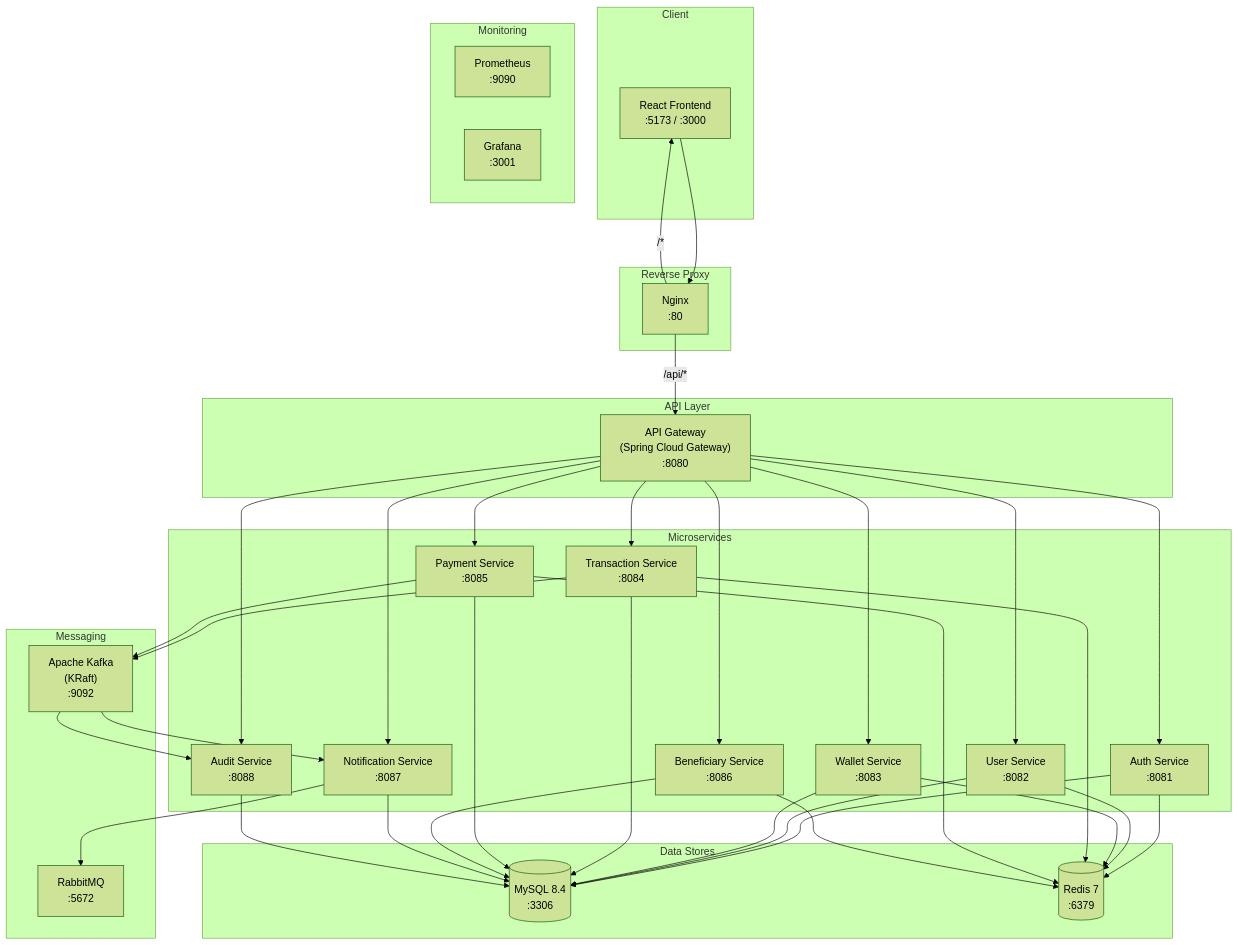
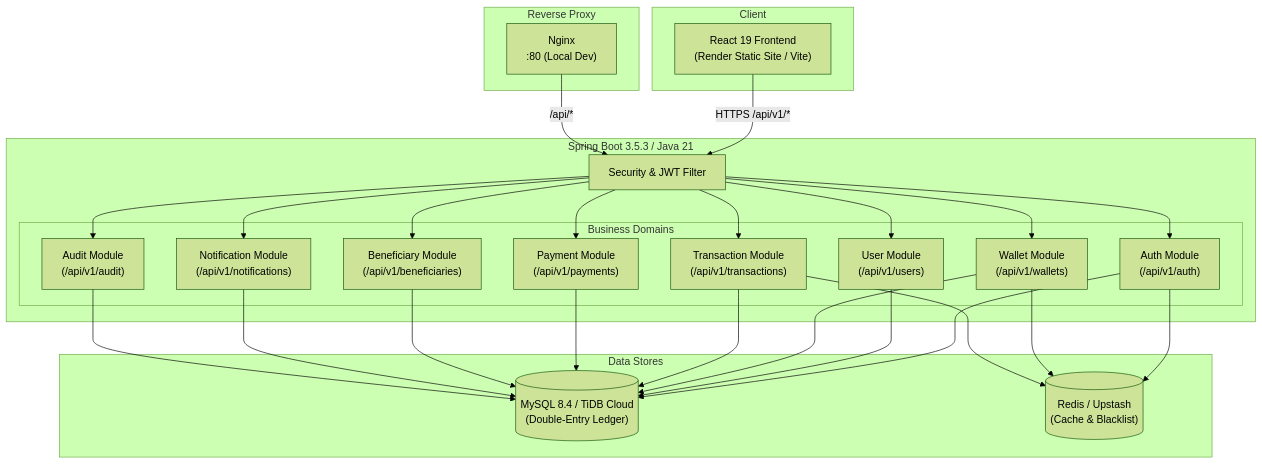
One commit to madhuprasad010/smartpay-wallet changed the diagram in README.md. Above: the diagram before and after it, drawn with Mermaid (forest theme). The commit also changed other lines of this file and 277 other files, not shown here.

First line of the commit message:
feat(deploy): consolidate backend into single modular Spring Boot app for Render free tier

````diff
--- a/README.md
+++ b/README.md
@@ -59,53 +75,36 @@
 ```mermaid
 flowchart TD
     subgraph Client
-        A["React Frontend\n:5173 / :3000"]
+        A["React 19 Frontend\n(Render Static Site / Vite)"]
     end
 
     subgraph Reverse Proxy
-        B["Nginx\n:80"]
+        B["Nginx\n:80 (Local Dev)"]
     end
 
-    subgraph API Layer
-        C["API Gateway\n(Spring Cloud Gateway)\n:8080"]
-    end
-
-    subgraph Microservices
-        D["Auth Service\n:8081"]
-        E["User Service\n:8082"]
-        F["Wallet Service\n:8083"]
-        G["Transaction Service\n:8084"]
-        H["Payment Service\n:8085"]
-        I["Beneficiary Service\n:8086"]
-        J["Notification Service\n:8087"]
-        K["Audit Service\n:8088"]
+    subgraph Consolidated Backend [Spring Boot 3.5.3 / Java 21]
+        C["Security & JWT Filter"]
+        
+        subgraph Business Domains
+            D["Auth Module\n(/api/v1/auth)"]
+            E["User Module\n(/api/v1/users)"]
+            F["Wallet Module\n(/api/v1/wallets)"]
+            G["Transaction Module\n(/api/v1/transactions)"]
+            H["Payment Module\n(/api/v1/payments)"]
+            I["Beneficiary Module\n(/api/v1/beneficiaries)"]
+            J["Notification Module\n(/api/v1/notifications)"]
+            K["Audit Module\n(/api/v1/audit)"]
+        end
     end
 
     subgraph Data Stores
-        L[("MySQL 8.4\n:3306")]
-        M[("Redis 7\n:6379")]
+        L[("MySQL 8.4 / TiDB Cloud\n(Double-Entry Ledger)")]
+        M[("Redis / Upstash\n(Cache & Blacklist)")]
     end
 
-    subgraph Messaging
-        N["Apache Kafka\n(KRaft)\n:9092"]
-        O["RabbitMQ\n:5672"]
-    end
-
-    subgraph Monitoring
-        P["Prometheus\n:9090"]
-        Q["Grafana\n:3001"]
-    end
-
-    A --> B
+    A -->|"HTTPS /api/v1/*"| C
     B -->|"/api/*"| C
-    B -->|"/*"| A
-
     C --> D & E & F & G & H & I & J & K
-
     D & E & F & G & H & I & J & K --> L
-    D & E & F & G & H & I --> M
-
-    G & H --> N
-    N --> K & J
-    J --> O
+    D & F & G --> M
 ```
````
